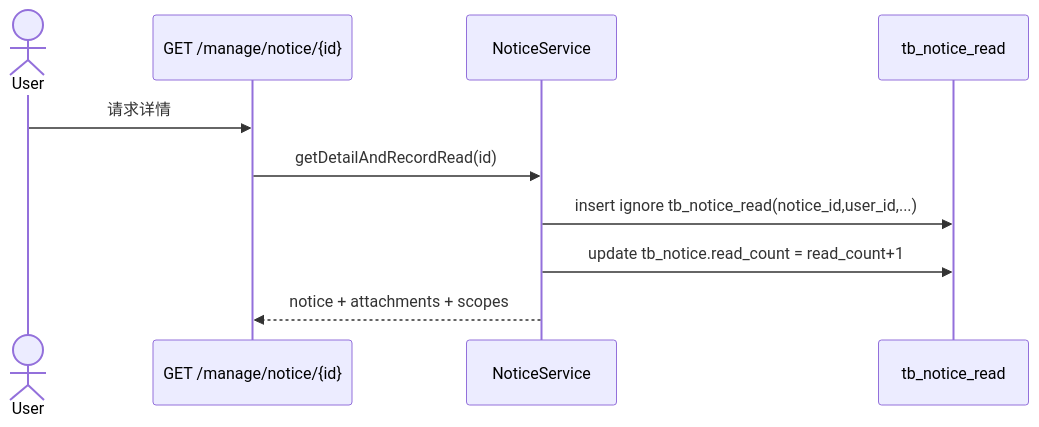
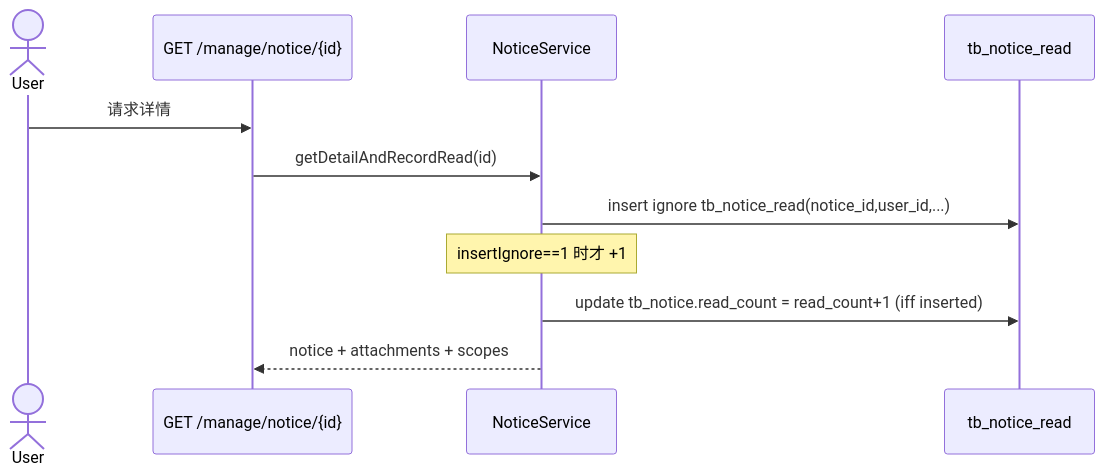
The third of 4 diagrams in docs/report/通知公告.md (ogas1024/RuoYi-Platform), drawn with Mermaid before and after one commit. The commit also changed other lines of this file and 38 other files, not shown here.

````diff
--- a/docs/report/通知公告.md
+++ b/docs/report/通知公告.md
@@ -87,13 +87,14 @@
 ```mermaid
 sequenceDiagram
   actor User
   participant API as GET /manage/notice/{id}
   participant SVC as NoticeService
   participant DB as tb_notice_read
 
   User->>API: 请求详情
   API->>SVC: getDetailAndRecordRead(id)
   SVC->>DB: insert ignore tb_notice_read(notice_id,user_id,...)
-  SVC->>DB: update tb_notice.read_count = read_count+1
+  Note over SVC: insertIgnore==1 时才 +1
+  SVC->>DB: update tb_notice.read_count = read_count+1 (iff inserted)
   SVC-->>API: notice + attachments + scopes
 ```
````
